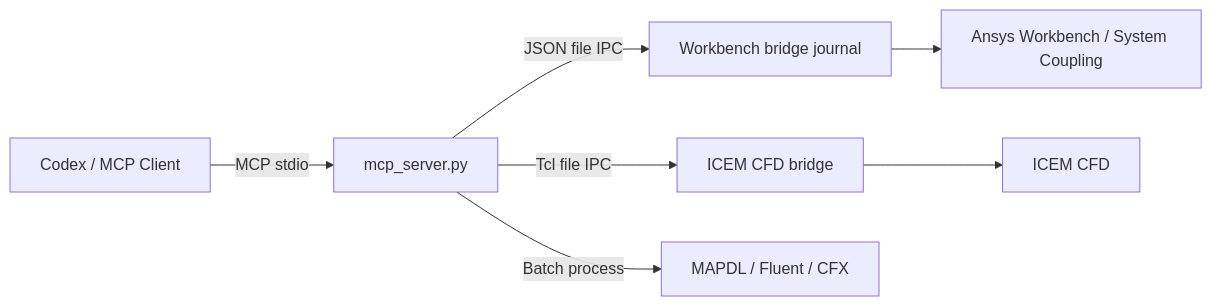
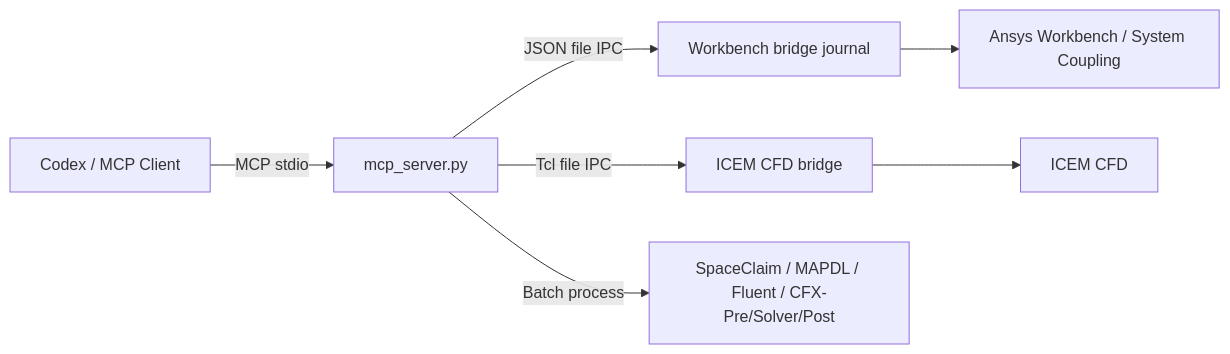
The diagram in README.en.md (hongwenwang36-eng/ANSYS-Workbench-mcp), drawn with Mermaid before and after one commit. The commit also changed other lines of this file and 9 other files, not shown here.

````diff
--- a/README.en.md
+++ b/README.en.md
@@ -36,9 +37,9 @@
 ```mermaid
 flowchart LR
     A[Codex / MCP Client] -->|MCP stdio| B[mcp_server.py]
     B -->|JSON file IPC| C[Workbench bridge journal]
     B -->|Tcl file IPC| D[ICEM CFD bridge]
-    B -->|Batch process| E[MAPDL / Fluent / CFX]
+    B -->|Batch process| E[SpaceClaim / MAPDL / Fluent / CFX-Pre/Solver/Post]
     C --> F[Ansys Workbench / System Coupling]
     D --> G[ICEM CFD]
 ```
````
